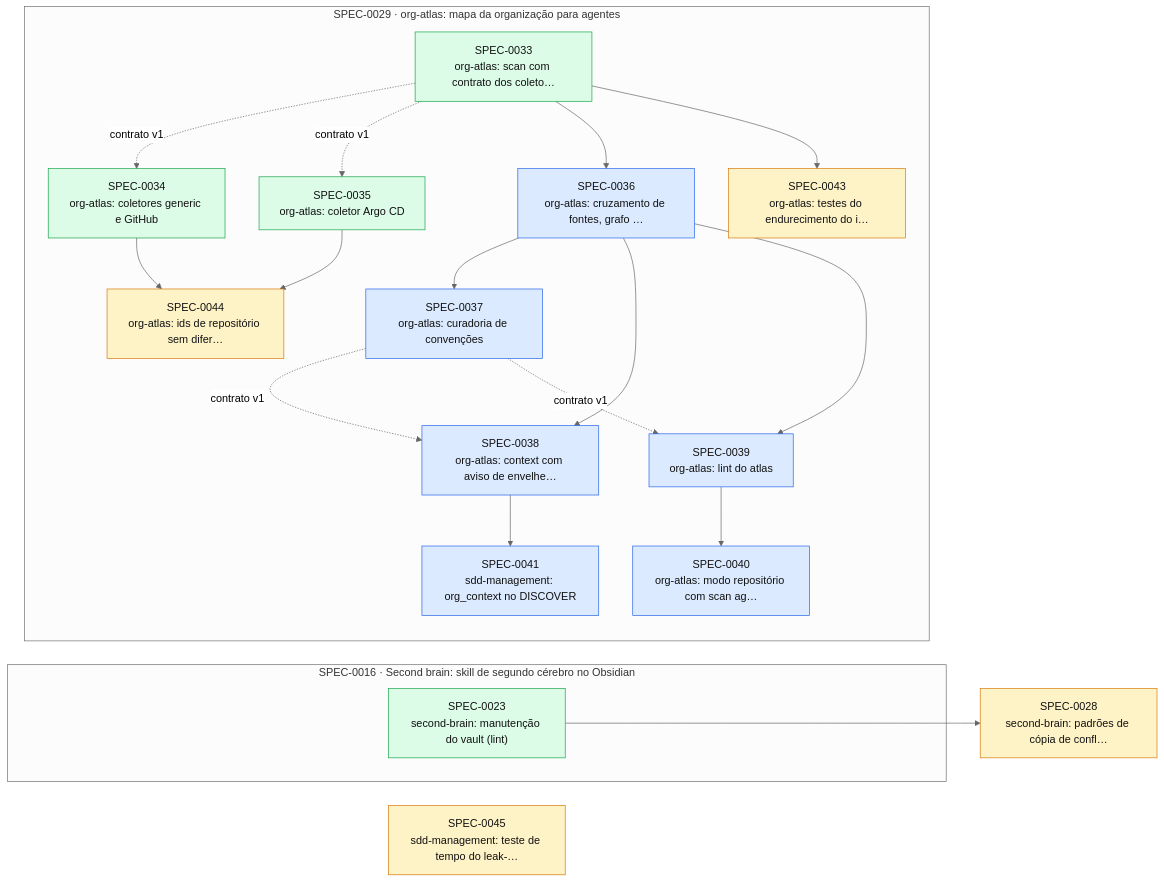
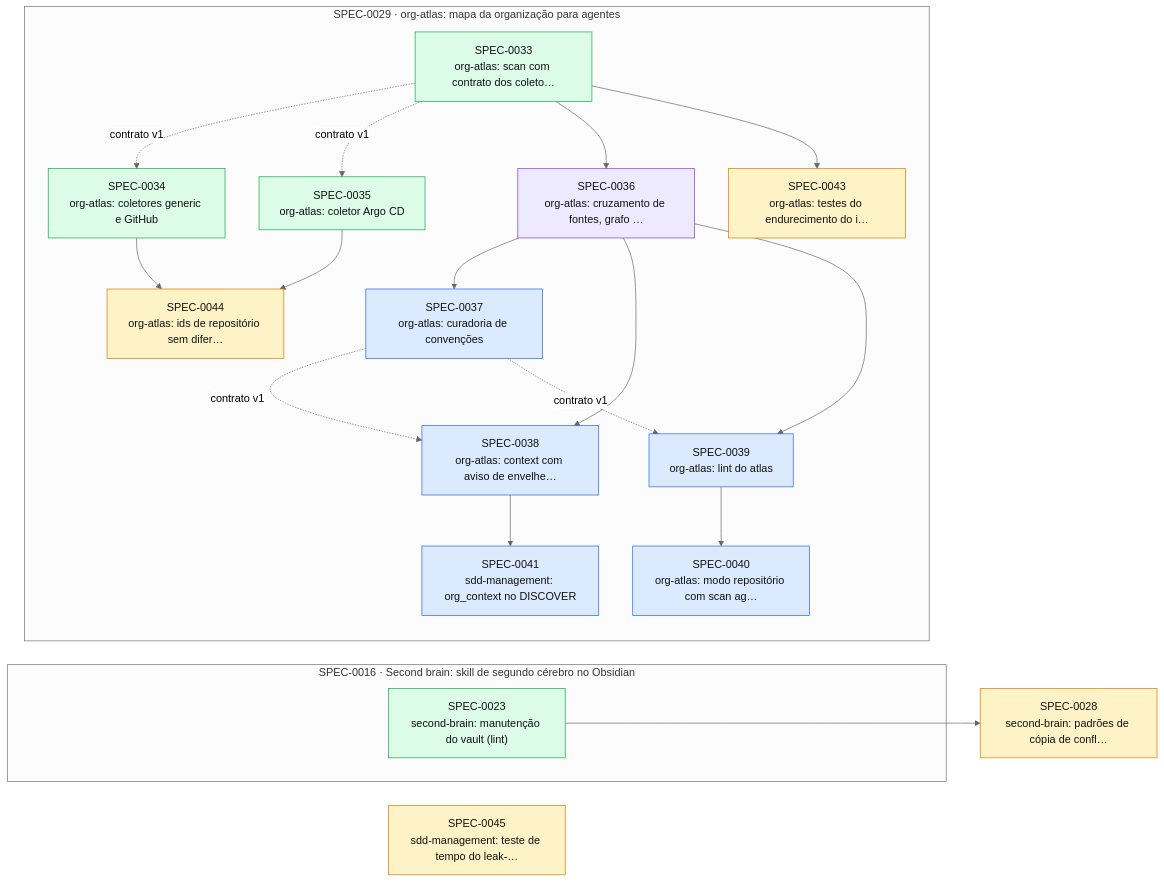
The diagram in docs/specs/INDEX.md (thomasravache/ai-dev-brain), drawn with Mermaid (neutral theme) before and after one commit. The commit also changed other lines of this file and 1 other file, not shown here.

First line of the commit message:
docs(specs): SPEC-0036 em execução

````diff
--- a/docs/specs/INDEX.md
+++ b/docs/specs/INDEX.md
@@ -57,40 +57,40 @@
 ```mermaid
 flowchart LR
   S0028["SPEC-0028<br/>second-brain: padrões de cópia de confl…"]:::proposed
   S0045["SPEC-0045<br/>sdd-management: teste de tempo do leak-…"]:::proposed
   subgraph E0016["SPEC-0016 · Second brain: skill de segundo cérebro no Obsidian"]
     S0023["SPEC-0023<br/>second-brain: manutenção do vault (lint)"]:::implemented
   end
   subgraph E0029["SPEC-0029 · org-atlas: mapa da organização para agentes"]
     S0033["SPEC-0033<br/>org-atlas: scan com contrato dos coleto…"]:::implemented
     S0034["SPEC-0034<br/>org-atlas: coletores generic e GitHub"]:::implemented
     S0035["SPEC-0035<br/>org-atlas: coletor Argo CD"]:::implemented
-    S0036["SPEC-0036<br/>org-atlas: cruzamento de fontes, grafo …"]:::approved
+    S0036["SPEC-0036<br/>org-atlas: cruzamento de fontes, grafo …"]:::inprogress
     S0037["SPEC-0037<br/>org-atlas: curadoria de convenções"]:::approved
     S0038["SPEC-0038<br/>org-atlas: context com aviso de envelhe…"]:::approved
     S0039["SPEC-0039<br/>org-atlas: lint do atlas"]:::approved
     S0040["SPEC-0040<br/>org-atlas: modo repositório com scan ag…"]:::approved
     S0041["SPEC-0041<br/>sdd-management: org_context no DISCOVER"]:::approved
     S0043["SPEC-0043<br/>org-atlas: testes do endurecimento do i…"]:::proposed
     S0044["SPEC-0044<br/>org-atlas: ids de repositório sem difer…"]:::proposed
   end
   S0023 --> S0028
   S0033 -. contrato v1 .-> S0034
   S0033 -. contrato v1 .-> S0035
   S0033 --> S0036
   S0036 --> S0037
   S0036 --> S0038
   S0037 -. contrato v1 .-> S0038
   S0036 --> S0039
   S0037 -. contrato v1 .-> S0039
   S0039 --> S0040
   S0038 --> S0041
   S0033 --> S0043
   S0034 --> S0044
   S0035 --> S0044
   classDef proposed fill:#fef3c7,stroke:#d97706,color:#111
   classDef approved fill:#dbeafe,stroke:#2563eb,color:#111
   classDef inprogress fill:#ede9fe,stroke:#7c3aed,color:#111
   classDef implemented fill:#dcfce7,stroke:#16a34a,color:#111
   classDef deprecated fill:#f3f4f6,stroke:#9ca3af,color:#6b7280
 ```
````
